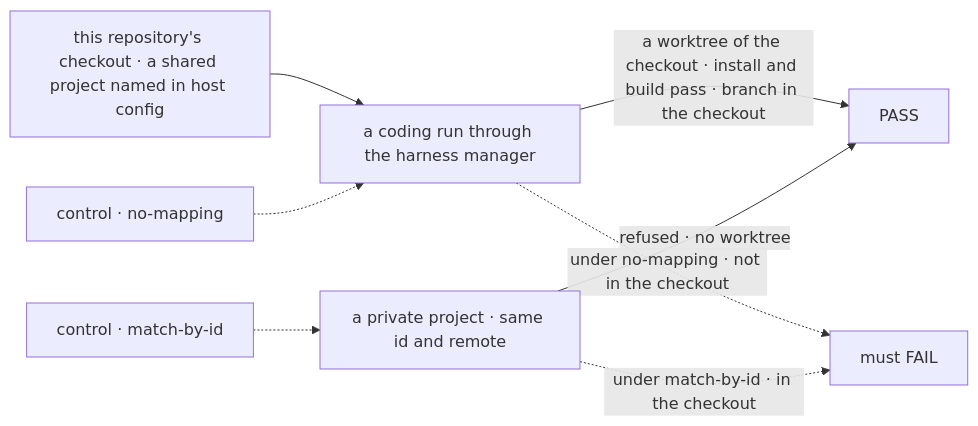
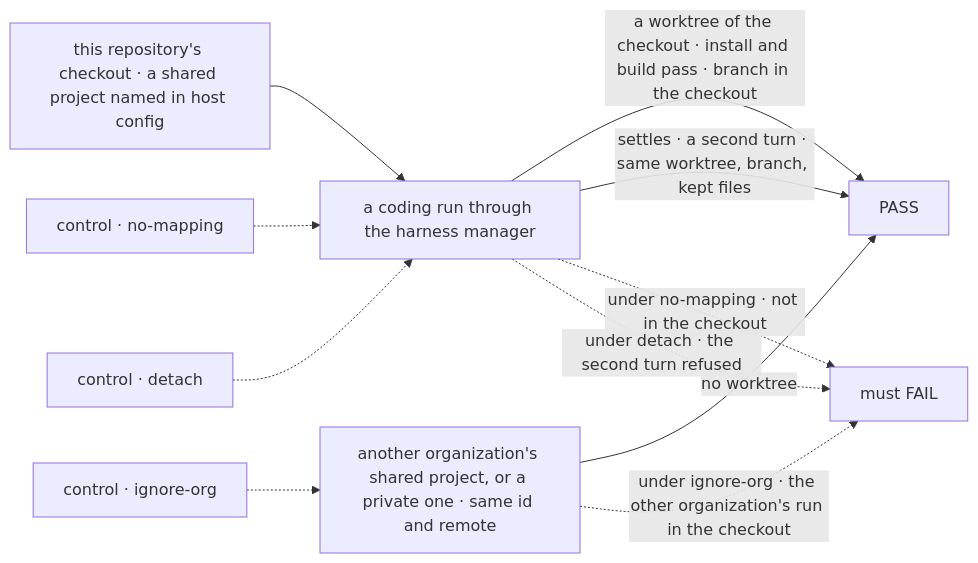
One commit to fixpoint-labs/flow-state-dev changed the first of 2 diagrams in specs/issues/FIX-1906/SPEC.md. Above: the diagram before and after it, drawn with Mermaid. The commit also changed other lines of this file and 9 other files, not shown here.

````diff
--- a/specs/issues/FIX-1906/SPEC.md
+++ b/specs/issues/FIX-1906/SPEC.md
@@ -33,10 +33,13 @@
 ```mermaid
 flowchart LR
   I["this repository's checkout · a shared project named in host config"] --> R["a coding run through the harness manager"]
   R -->|"a worktree of the checkout · install and build pass · branch in the checkout"| P["PASS"]
-  T["a private project · same id and remote"] -->|"refused · no worktree"| P
+  T["another organization's shared project, or a private one · same id and remote"] -->|"no worktree"| P
+  R -->|"settles · a second turn · same worktree, branch, kept files"| P
   C1["control · no-mapping"] -.-> R
-  C2["control · match-by-id"] -.-> T
+  C2["control · ignore-org"] -.-> T
+  C3["control · detach"] -.-> R
   R -.->|"under no-mapping · not in the checkout"| F["must FAIL"]
-  T -.->|"under match-by-id · in the checkout"| F
+  T -.->|"under ignore-org · the other organization's run in the checkout"| F
+  R -.->|"under detach · the second turn refused"| F
 ```
````
